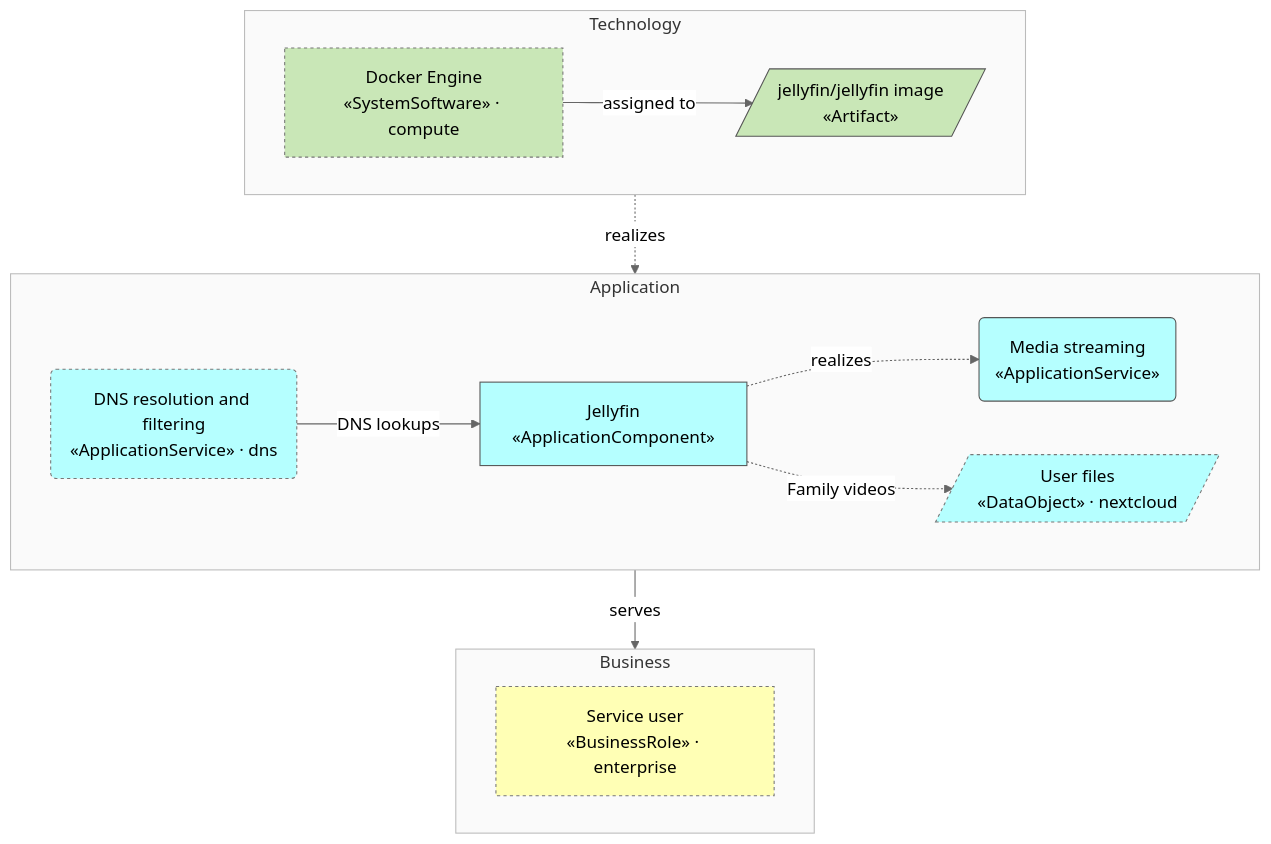
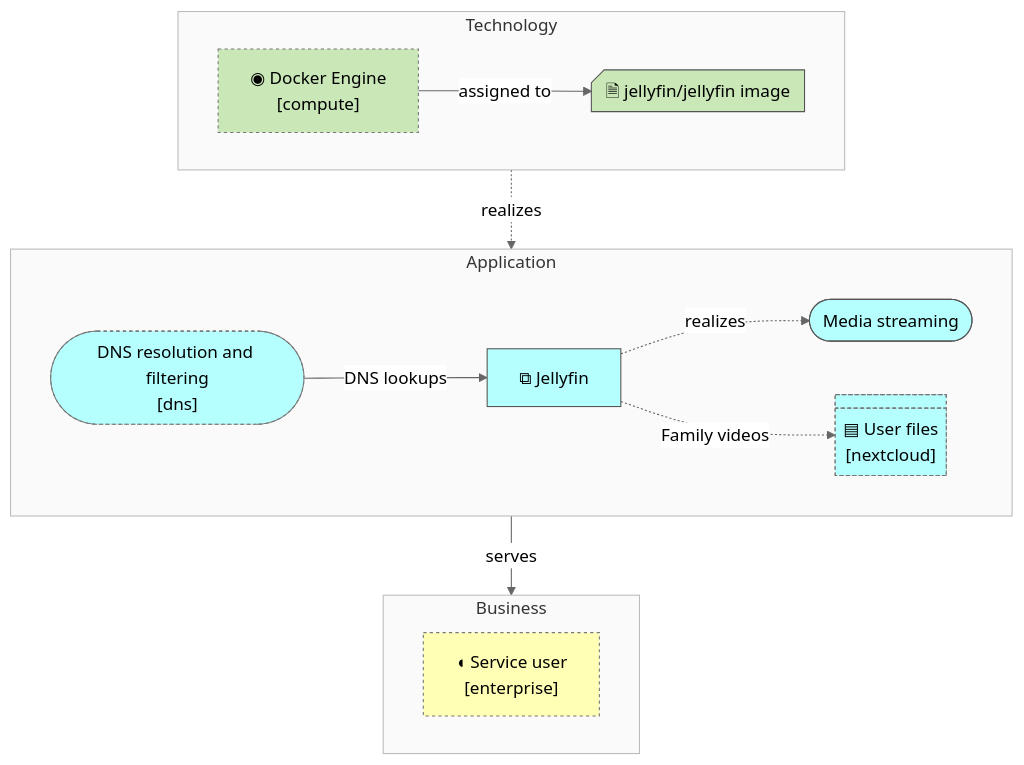
One commit to b-zig/a4m changed the third of 3 diagrams in docs/media/view-overview.md. Above: the diagram before and after it, drawn with Mermaid (neutral theme). The commit also changed other lines of this file and 15 other files, not shown here.

First line of the commit message:
Approximate ArchiMate notation in Mermaid flowcharts

````diff
--- a/docs/media/view-overview.md
+++ b/docs/media/view-overview.md
@@ -63,36 +65,36 @@
 ```mermaid
 flowchart TB
   subgraph layer_business["Business"]
     direction LR
-    enterprise__bus_role_user["Service user<br/>«BusinessRole» · enterprise"]
+    enterprise__bus_role_user@{ shape: rect, label: "◖ Service user<br/>[enterprise]" }
   end
   subgraph layer_application["Application"]
     direction LR
-    app_jellyfin["Jellyfin<br/>«ApplicationComponent»"]
-    app_svc_streaming("Media streaming<br/>«ApplicationService»")
-    dns__app_svc_dns("DNS resolution and filtering<br/>«ApplicationService» · dns")
-    nextcloud__app_data_files[/"User files<br/>«DataObject» · nextcloud"/]
+    app_jellyfin@{ shape: rect, label: "⧉ Jellyfin" }
+    app_svc_streaming@{ shape: stadium, label: "Media streaming" }
+    dns__app_svc_dns@{ shape: stadium, label: "DNS resolution and filtering<br/>[dns]" }
+    nextcloud__app_data_files@{ shape: div-rect, label: "▤ User files<br/>[nextcloud]" }
   end
   subgraph layer_technology["Technology"]
     direction LR
-    tech_art_jellyfin[/"jellyfin/jellyfin image<br/>«Artifact»"/]
-    compute__tech_docker["Docker Engine<br/>«SystemSoftware» · compute"]
+    tech_art_jellyfin@{ shape: notch-rect, label: "🗎 jellyfin/jellyfin image" }
+    compute__tech_docker@{ shape: rect, label: "◉ Docker Engine<br/>[compute]" }
   end
   app_jellyfin -.->|"realizes"| app_svc_streaming
   app_svc_streaming -->|"serves"| enterprise__bus_role_user
   app_jellyfin -.->|"Family videos"| nextcloud__app_data_files
   dns__app_svc_dns -->|"DNS lookups"| app_jellyfin
   compute__tech_docker -->|"assigned to"| tech_art_jellyfin
   tech_art_jellyfin -.->|"realizes"| app_jellyfin
   classDef business fill:#FFFFB5,stroke:#555,color:#000
   class enterprise__bus_role_user business
   style layer_business fill:#fafafa,stroke:#bbb
   classDef application fill:#B5FFFF,stroke:#555,color:#000
   class app_jellyfin,app_svc_streaming,dns__app_svc_dns,nextcloud__app_data_files application
   style layer_application fill:#fafafa,stroke:#bbb
   classDef technology fill:#C9E7B7,stroke:#555,color:#000
   class tech_art_jellyfin,compute__tech_docker technology
   style layer_technology fill:#fafafa,stroke:#bbb
   classDef foreign stroke:#777,stroke-dasharray:3 3
   class compute__tech_docker,dns__app_svc_dns,enterprise__bus_role_user,nextcloud__app_data_files foreign
 ```
````
